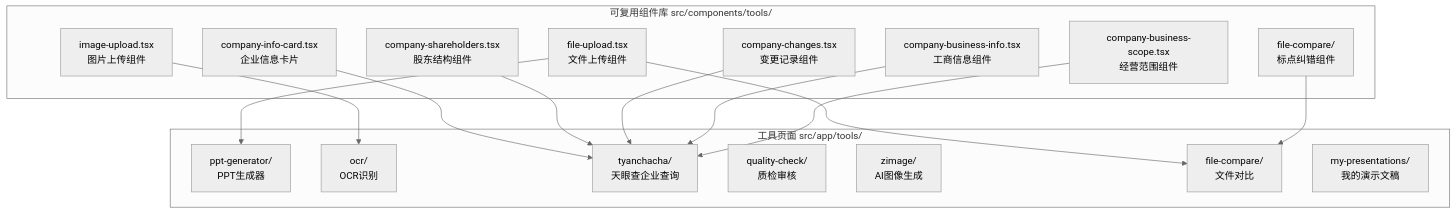
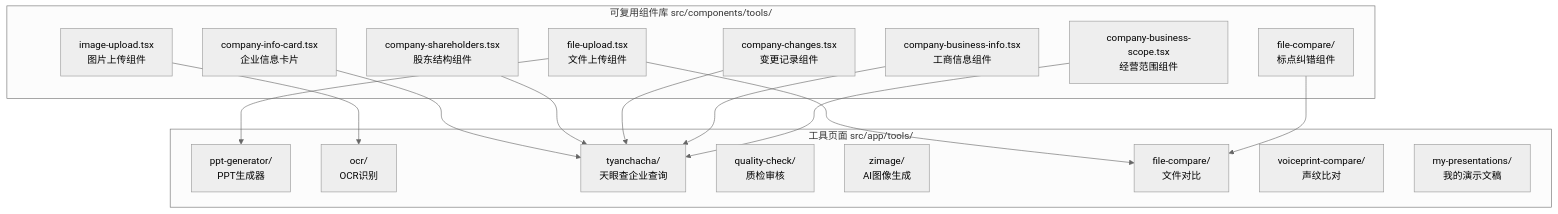
Before and after one commit to wang20110277/homepage: the first of 3 diagrams in .zread/wiki/versions/2026-04-16-104633/21-gong-ju-zu-jian.md, drawn with Mermaid (neutral theme). The commit also changed other lines of this file and 2 other files, not shown here.

````diff
--- a/.zread/wiki/versions/2026-04-16-104633/21-gong-ju-zu-jian.md
+++ b/.zread/wiki/versions/2026-04-16-104633/21-gong-ju-zu-jian.md
@@ -7,33 +7,34 @@
 ```mermaid
 graph TB
     subgraph "可复用组件库 src/components/tools/"
         FU[file-upload.tsx<br/>文件上传组件]
         IU[image-upload.tsx<br/>图片上传组件]
         CIC[company-info-card.tsx<br/>企业信息卡片]
         CS[company-shareholders.tsx<br/>股东结构组件]
         CC[company-changes.tsx<br/>变更记录组件]
         CBI[company-business-info.tsx<br/>工商信息组件]
         CBS[company-business-scope.tsx<br/>经营范围组件]
         FC["file-compare/<br/>标点纠错组件"]
     end
-    
+
     subgraph "工具页面 src/app/tools/"
         PPT[ppt-generator/<br/>PPT生成器]
         OCR[ocr/<br/>OCR识别]
         TY[tyanchacha/<br/>天眼查企业查询]
         QC[quality-check/<br/>质检审核]
         ZIMG[zimage/<br/>AI图像生成]
         FC_PAGE[file-compare/<br/>文件对比]
+        VP[voiceprint-compare/<br/>声纹比对]
         MP[my-presentations/<br/>我的演示文稿]
     end
-    
+
     FU --> PPT
     IU --> OCR
     CIC --> TY
     CS --> TY
     CC --> TY
     CBI --> TY
     CBS --> TY
     FU --> FC_PAGE
     FC --> FC_PAGE
 ```
````
